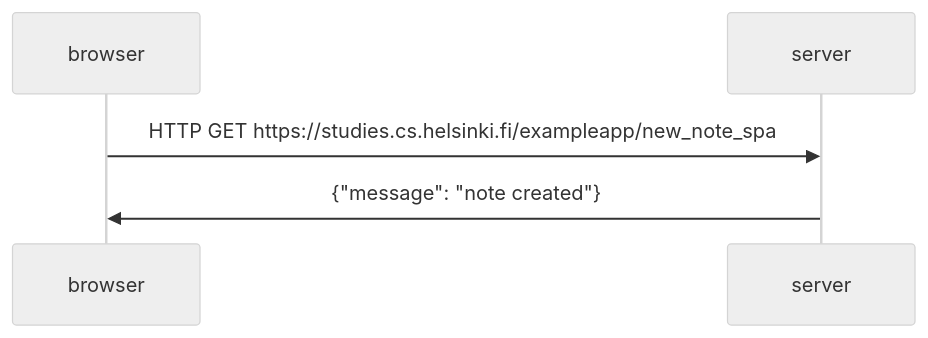
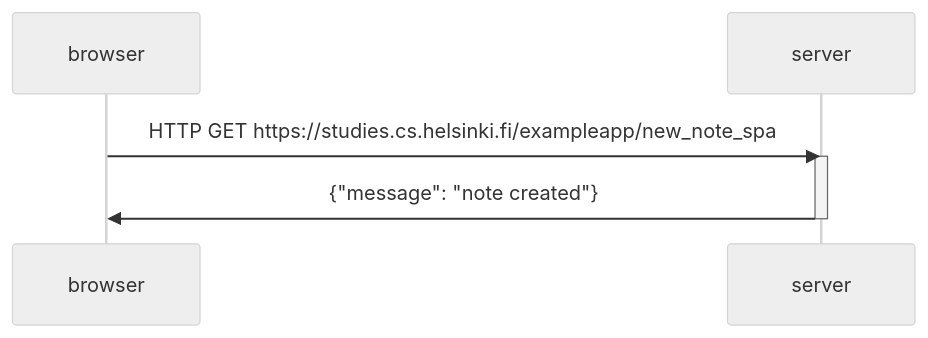
Before and after one commit to adomanico001/fsopen-p0: the diagram in 0.6_new_note_SPA.md, drawn with Mermaid (neutral theme).

````diff
--- a/0.6_new_note_SPA.md
+++ b/0.6_new_note_SPA.md
@@ -1,7 +1,10 @@
 ```mermaid
 sequenceDiagram
 participant browser
 participant server
+
 browser->>server: HTTP GET https://studies.cs.helsinki.fi/exampleapp/new_note_spa
+activate server
 server->>browser: {"message": "note created"}
+deactivate server
 ```
````
